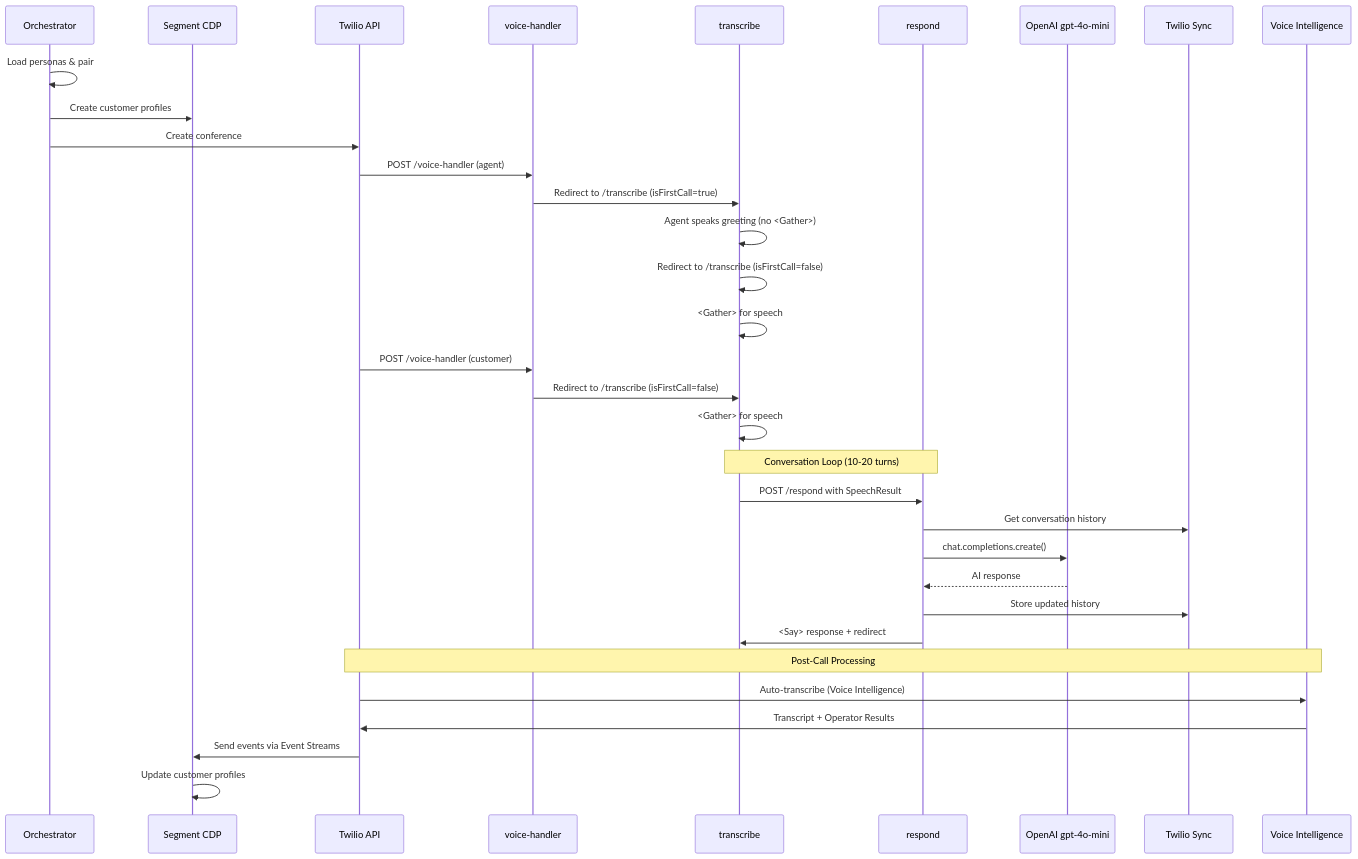
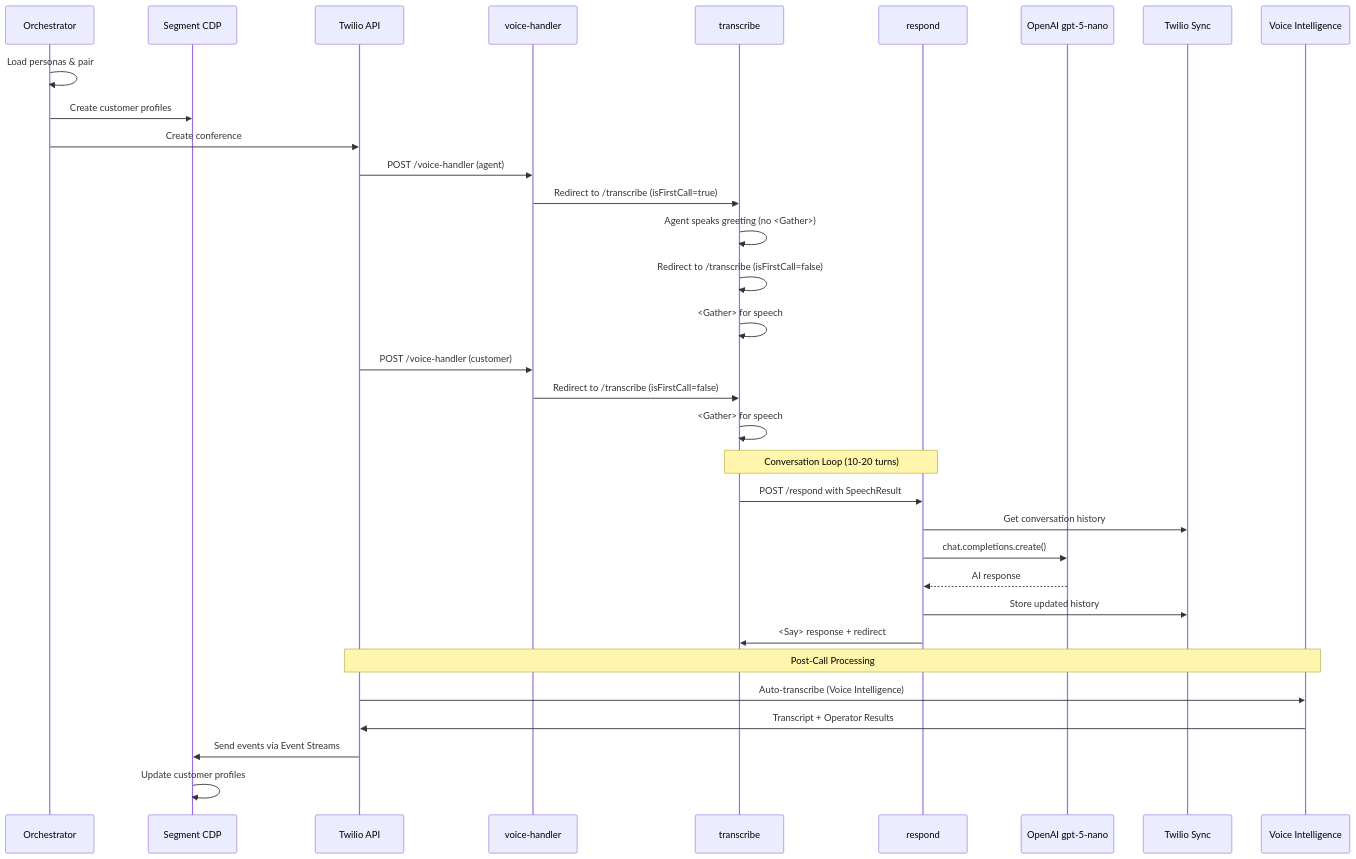
The diagram in docs/architecture.md (wittyreference/twilio-synthetic-call-data-generator), drawn with Mermaid before and after one commit. The commit also changed other lines of this file and 6 other files, not shown here.

First line of the commit message:
Update OpenAI model from gpt-4o to gpt-5-nano for maximum cost efficiency

````diff
--- a/docs/architecture.md
+++ b/docs/architecture.md
@@ -75,41 +75,41 @@
 ```mermaid
 sequenceDiagram
     participant Orch as Orchestrator
     participant Seg as Segment CDP
     participant Twilio as Twilio API
     participant VH as voice-handler
     participant Trans as transcribe
     participant Resp as respond
-    participant AI as OpenAI gpt-4o-mini
+    participant AI as OpenAI gpt-5-nano
     participant Sync as Twilio Sync
     participant VI as Voice Intelligence
 
     Orch->>Orch: Load personas & pair
     Orch->>Seg: Create customer profiles
     Orch->>Twilio: Create conference
     Twilio->>VH: POST /voice-handler (agent)
     VH->>Trans: Redirect to /transcribe (isFirstCall=true)
     Trans->>Trans: Agent speaks greeting (no <Gather>)
     Trans->>Trans: Redirect to /transcribe (isFirstCall=false)
     Trans->>Trans: <Gather> for speech
 
     Twilio->>VH: POST /voice-handler (customer)
     VH->>Trans: Redirect to /transcribe (isFirstCall=false)
     Trans->>Trans: <Gather> for speech
 
     Note over Trans,Resp: Conversation Loop (10-20 turns)
 
     Trans->>Resp: POST /respond with SpeechResult
     Resp->>Sync: Get conversation history
     Resp->>AI: chat.completions.create()
     AI-->>Resp: AI response
     Resp->>Sync: Store updated history
     Resp->>Trans: <Say> response + redirect
 
     Note over Twilio,VI: Post-Call Processing
 
     Twilio->>VI: Auto-transcribe (Voice Intelligence)
     VI->>Twilio: Transcript + Operator Results
     Twilio->>Seg: Send events via Event Streams
     Seg->>Seg: Update customer profiles
 ```
````
